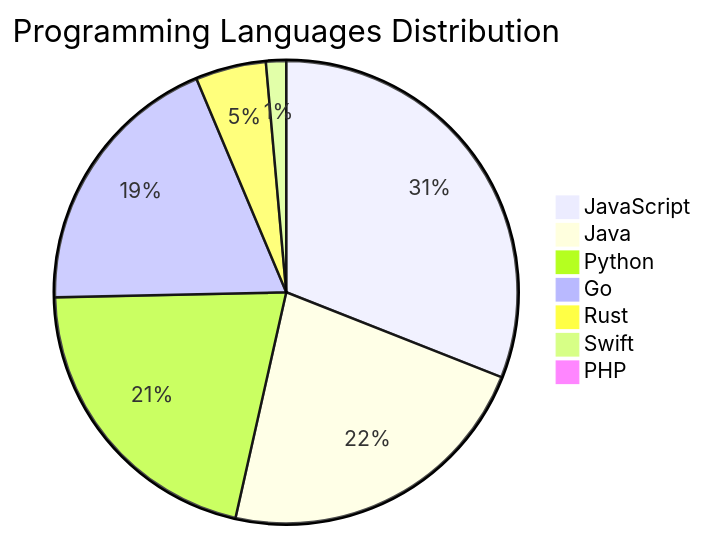
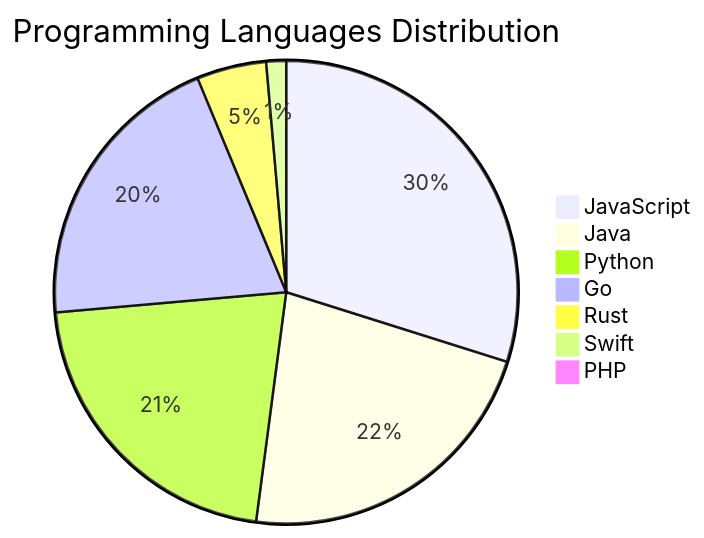
The diagram in README.md (Derrick-MUGISHA/github-activity-bot), drawn with Mermaid before and after one commit. The commit also changed other lines of this file and 4 other files, not shown here.

````diff
--- a/README.md
+++ b/README.md
@@ -207,10 +207,10 @@
 ```mermaid
 pie title Programming Languages Distribution
-    "JavaScript" : 44
+    "JavaScript" : 43
     "Java" : 32
-    "Python" : 30
-    "Go" : 27
+    "Python" : 31
+    "Go" : 29
     "Rust" : 7
     "Swift" : 2
     "PHP" : 1
 ```
````
